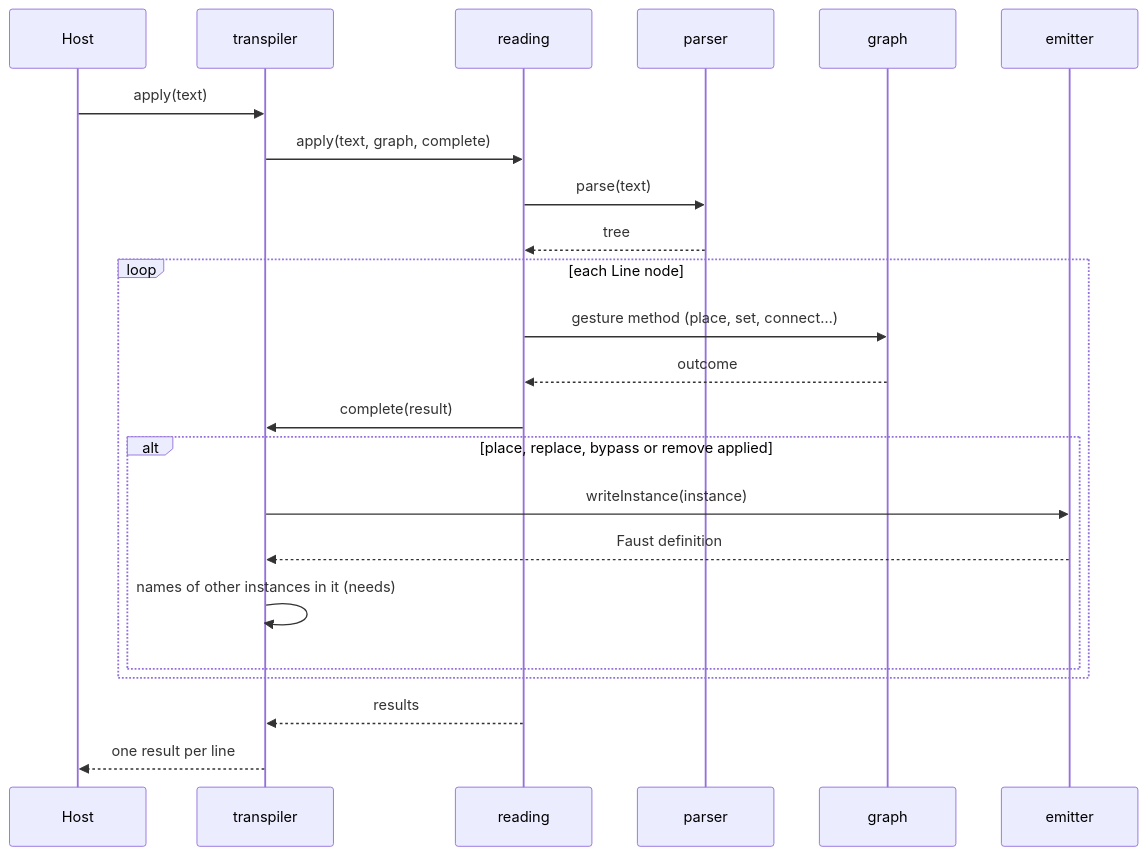
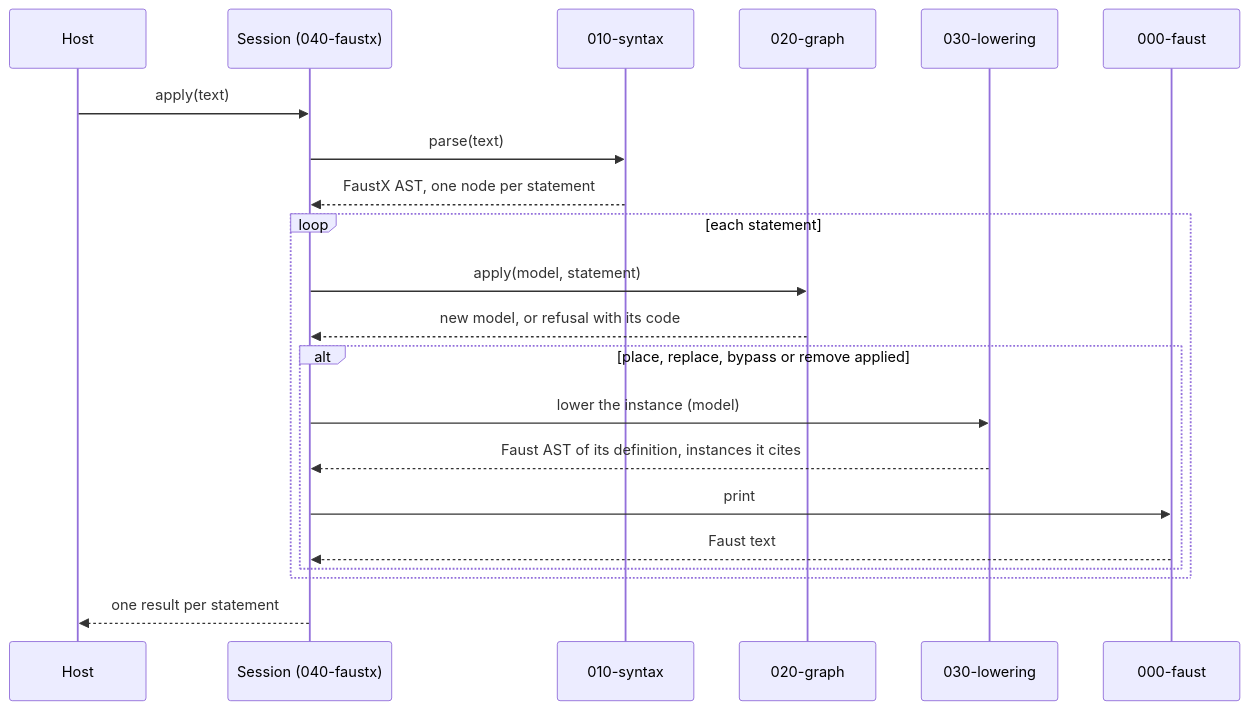
The third of 3 diagrams in docs/ARCHITECTURE.md (roomi-fields/faustscript), drawn with Mermaid before and after one commit. The commit also changed other lines of this file, not shown here.

First line of the commit message:
docs: the architecture of the six packages (faustx-zj5.28)

````diff
--- a/docs/ARCHITECTURE.md
+++ b/docs/ARCHITECTURE.md
@@ -80,25 +89,23 @@
 ```mermaid
 sequenceDiagram
   participant H as Host
-  participant T as transpiler
-  participant R as reading
-  participant P as parser
-  participant G as graph
-  participant E as emitter
-  H->>T: apply(text)
-  T->>R: apply(text, graph, complete)
-  R->>P: parse(text)
-  P-->>R: tree
-  loop each Line node
-    R->>G: gesture method (place, set, connect…)
-    G-->>R: outcome
-    R->>T: complete(result)
+  participant S as Session (040-faustx)
+  participant X as 010-syntax
+  participant G as 020-graph
+  participant L as 030-lowering
+  participant F as 000-faust
+  H->>S: apply(text)
+  S->>X: parse(text)
+  X-->>S: FaustX AST, one node per statement
+  loop each statement
+    S->>G: apply(model, statement)
+    G-->>S: new model, or refusal with its code
     alt place, replace, bypass or remove applied
-      T->>E: writeInstance(instance)
-      E-->>T: Faust definition
-      T->>T: names of other instances in it (needs)
+      S->>L: lower the instance (model)
+      L-->>S: Faust AST of its definition, instances it cites
+      S->>F: print
+      F-->>S: Faust text
     end
   end
-  R-->>T: results
-  T-->>H: one result per line
+  S-->>H: one result per statement
 ```
````
